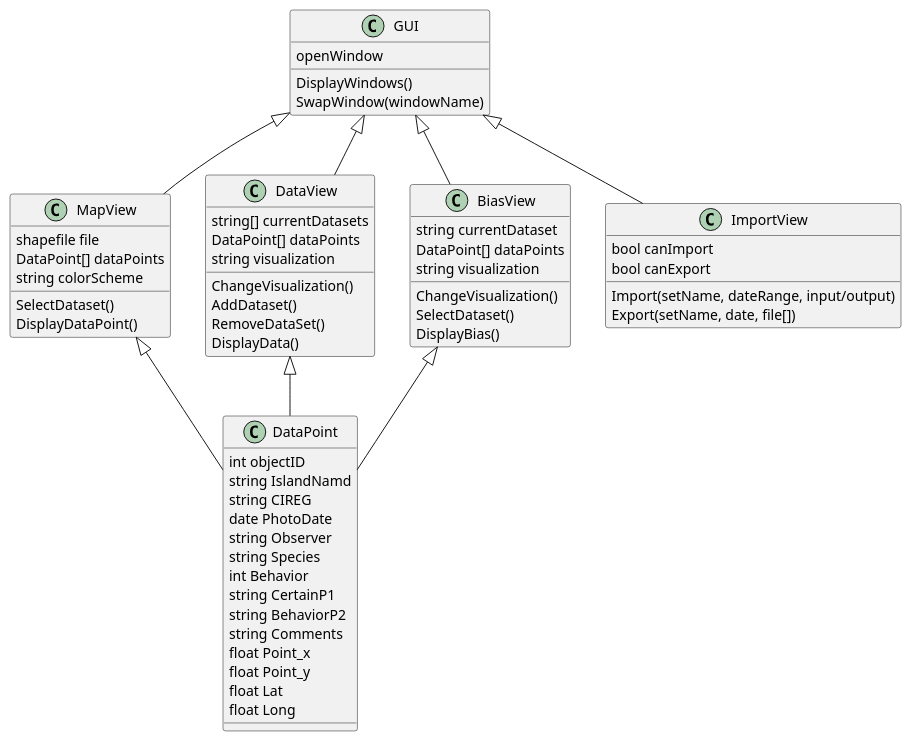
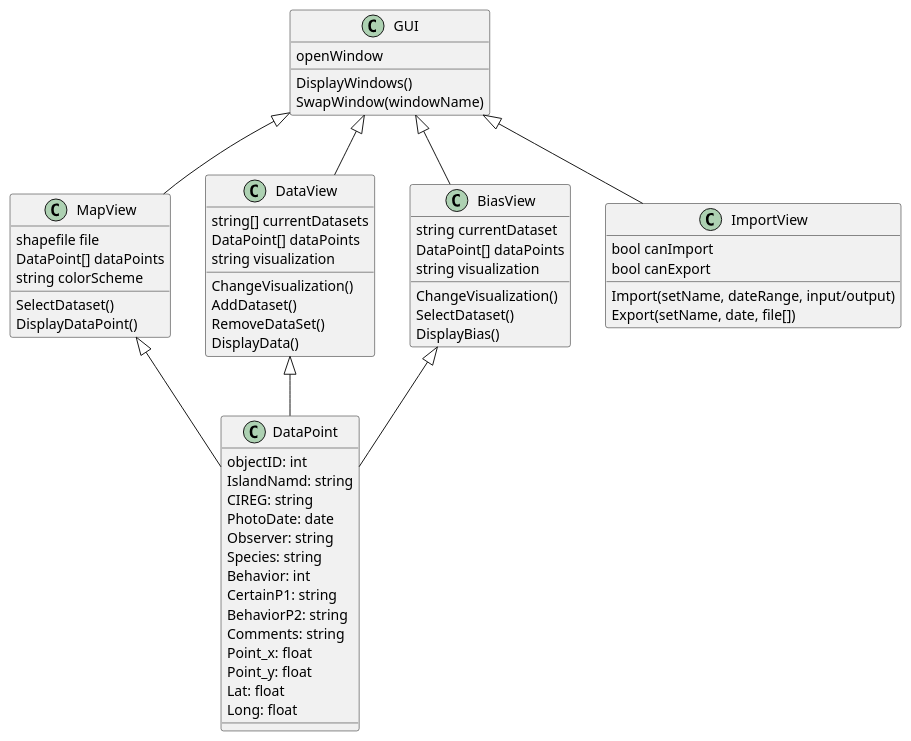
Before and after one commit to birdspotter-project/COS397: the diagram in Documentation/Deliverables/Software_Design_Document/source/Decomposition_View.wsd, drawn with PlantUML.

Commit message:
types now consistent with database description

```diff
--- a/Documentation/Deliverables/Software_Design_Document/source/Decomposition_View.wsd
+++ b/Documentation/Deliverables/Software_Design_Document/source/Decomposition_View.wsd
@@ -1,66 +1,66 @@
 @startuml
 Class GUI{
     openWindow
     DisplayWindows()
     SwapWindow(windowName)
 }
 Class MapView{
     shapefile file
     DataPoint[] dataPoints
     string colorScheme
 
     SelectDataset()
     DisplayDataPoint()
 }
 Class DataView{
     string[] currentDatasets
     DataPoint[] dataPoints
     string visualization
 
     ChangeVisualization()
     AddDataset()
     RemoveDataSet()
     DisplayData()
 }
 Class BiasView{
     string currentDataset
     DataPoint[] dataPoints
     string visualization
 
     ChangeVisualization()
     SelectDataset()
     DisplayBias()
 }
 Class ImportView{
     bool canImport
     bool canExport
 
     Import(setName, dateRange, input/output)
     Export(setName, date, file[])
 
 }
 Class DataPoint{
-    int objectID
-    string IslandNamd
-    string CIREG
-    date PhotoDate
-    string Observer
-    string Species
-    int Behavior
-    string CertainP1
-    string BehaviorP2
-    string Comments
-    float Point_x
-    float Point_y
-    float Lat
-    float Long
+    objectID: int
+    IslandNamd: string
+    CIREG: string
+    PhotoDate: date
+    Observer: string
+    Species: string
+    Behavior: int
+    CertainP1: string
+    BehaviorP2: string
+    Comments: string
+    Point_x: float
+    Point_y: float
+    Lat: float
+    Long: float
 }
 
 GUI <|-- MapView
 GUI <|-- BiasView
 GUI <|-- DataView
 GUI <|-- ImportView
 MapView <|-- DataPoint
 DataView <|-- DataPoint
 BiasView <|-- DataPoint
 @enduml
```
